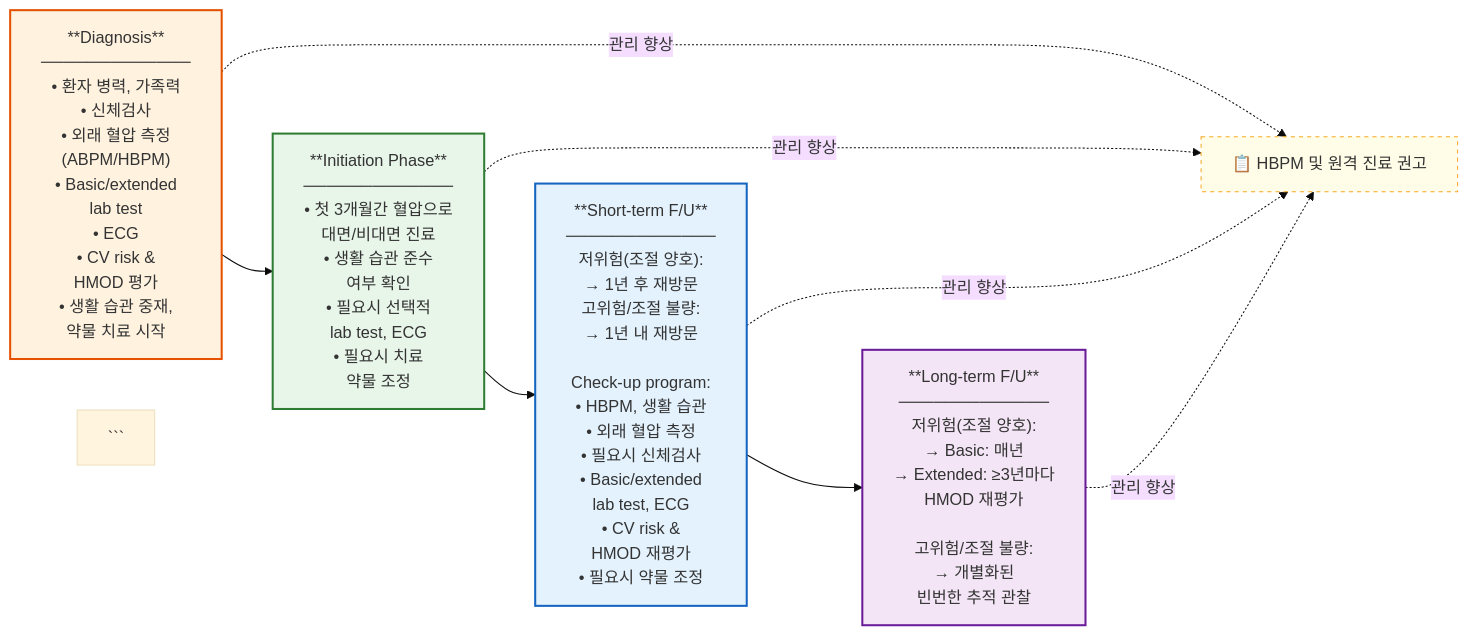
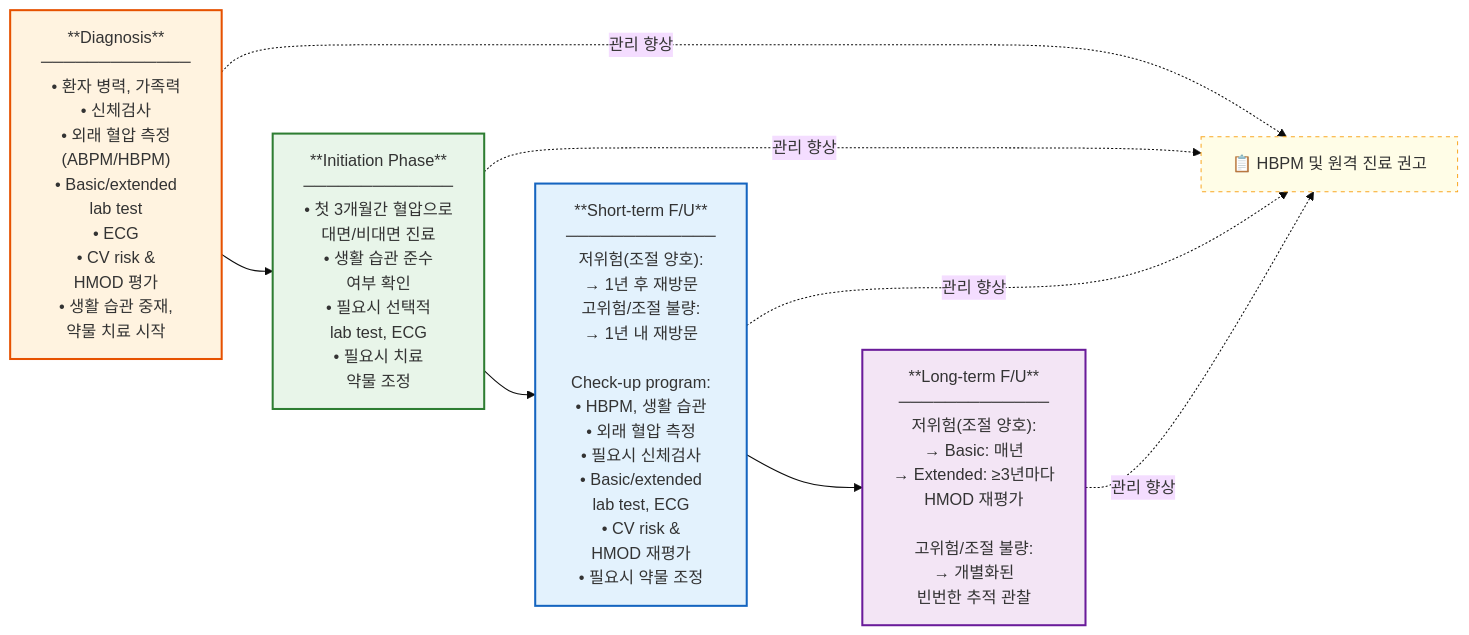
One commit to familyoh77/familyoh77 changed the tenth of 10 diagrams in 225_/095_-hypertension.md. Above: the diagram before and after it, drawn with Mermaid (base theme). The commit also changed other lines of this file, not shown here.

`````diff
--- a/225_/095_-hypertension.md
+++ b/225_/095_-hypertension.md
@@ -1367,73 +1253,69 @@
-````mermaid
-
+```mermaid
 flowchart LR
     A["**Diagnosis**
     ─────────────
     • 환자 병력, 가족력
     • 신체검사
     • 외래 혈압 측정
       (ABPM/HBPM)
     • Basic/extended
       lab test
     • ECG
     • CV risk &
       HMOD 평가
     • 생활 습관 중재,
       약물 치료 시작"]
 
     B["**Initiation Phase**
     ─────────────
     • 첫 3개월간 혈압으로
       대면/비대면 진료
     • 생활 습관 준수
       여부 확인
     • 필요시 선택적
       lab test, ECG
     • 필요시 치료
       약물 조정"]
 
     C["**Short-term F/U**
     ─────────────
     저위험(조절 양호):
     → 1년 후 재방문
     고위험/조절 불량:
     → 1년 내 재방문
 
     Check-up program:
     • HBPM, 생활 습관
     • 외래 혈압 측정
     • 필요시 신체검사
     • Basic/extended
       lab test, ECG
     • CV risk &
       HMOD 재평가
     • 필요시 약물 조정"]
 
     D["**Long-term F/U**
     ─────────────
     저위험(조절 양호):
     → Basic: 매년
     → Extended: ≥3년마다
       HMOD 재평가
 
     고위험/조절 불량:
     → 개별화된
       빈번한 추적 관찰"]
 
     A --> B --> C --> D
 
     E["📋 HBPM 및 원격 진료 권고"]
     A -. "관리 향상" .-> E
     B -. "관리 향상" .-> E
     C -. "관리 향상" .-> E
     D -. "관리 향상" .-> E
 
     style A fill:#fff3e0,stroke:#e65100,stroke-width:2px
     style B fill:#e8f5e9,stroke:#2e7d32,stroke-width:2px
     style C fill:#e3f2fd,stroke:#1565c0,stroke-width:2px
     style D fill:#f3e5f5,stroke:#6a1b9a,stroke-width:2px
     style E fill:#fffde7,stroke:#f9a825,stroke-width:1px,stroke-dasharray:4
 ```
-
-
-````
`````
